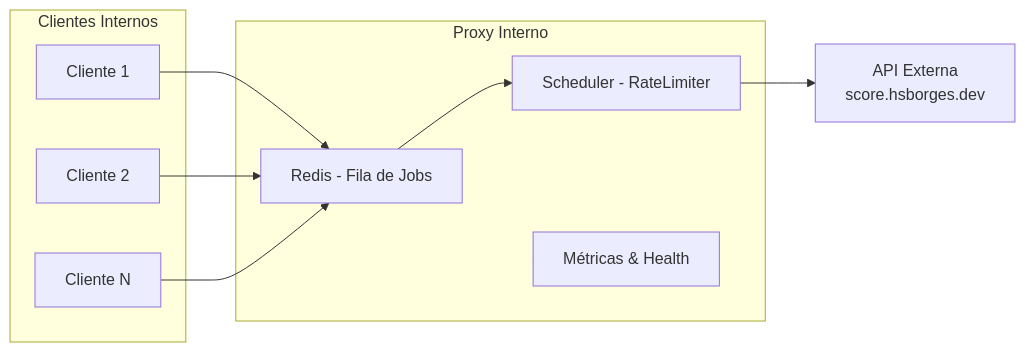
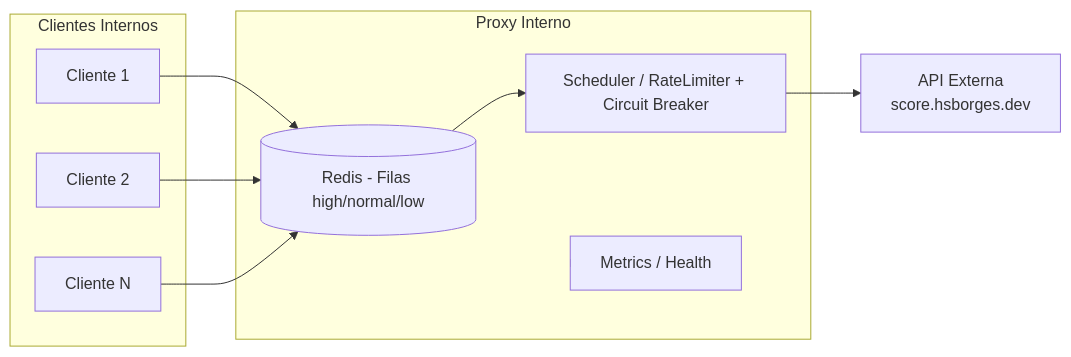
The diagram in README.md (fabioramos-02/proxy_interno), drawn with Mermaid before and after one commit. The commit also changed other lines of this file and 2 other files, not shown here.

````diff
--- a/README.md
+++ b/README.md
@@ -51,25 +17,22 @@
 ```mermaid
 flowchart LR
-    subgraph Interno [Clientes Internos]
-        C1[Cliente 1]
-        C2[Cliente 2]
-        CN[Cliente N]
-    end
+  subgraph Clients[Clientes Internos]
+    A[Cliente 1]
+    B[Cliente 2]
+    N[Cliente N]
+  end
 
-    subgraph Proxy["Proxy Interno"]
-        Fila[Redis - Fila de Jobs]
-        Scheduler[Scheduler - RateLimiter]
-        Metrics[Métricas & Health]
-    end
+  subgraph Proxy[Proxy Interno]
+    Q[(Redis - Filas high/normal/low)]
+    S[Scheduler / RateLimiter + Circuit Breaker]
+    M[Metrics / Health]
+  end
 
-    API[API Externa<br>score.hsborges.dev]
+  Up[API Externa\nscore.hsborges.dev]
 
-    C1 --> Fila
-    C2 --> Fila
-    CN --> Fila
-
-    Fila --> Scheduler
-    Scheduler --> API
-
-    Proxy --> Metrics
+  A --> Q
+  B --> Q
+  N --> Q
+  Q --> S --> Up
+  Proxy --> M
 ```
````
